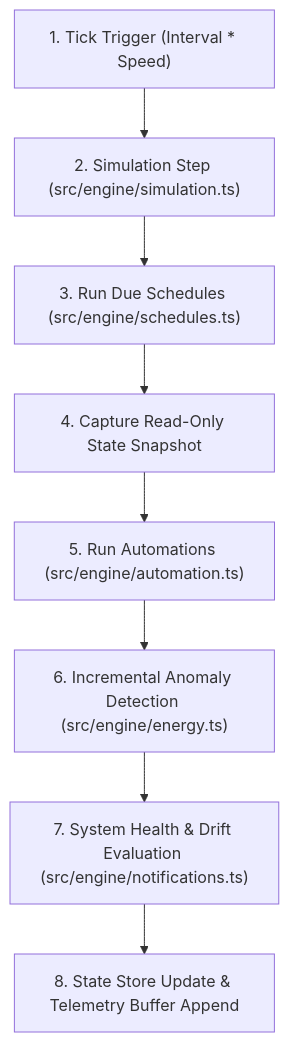
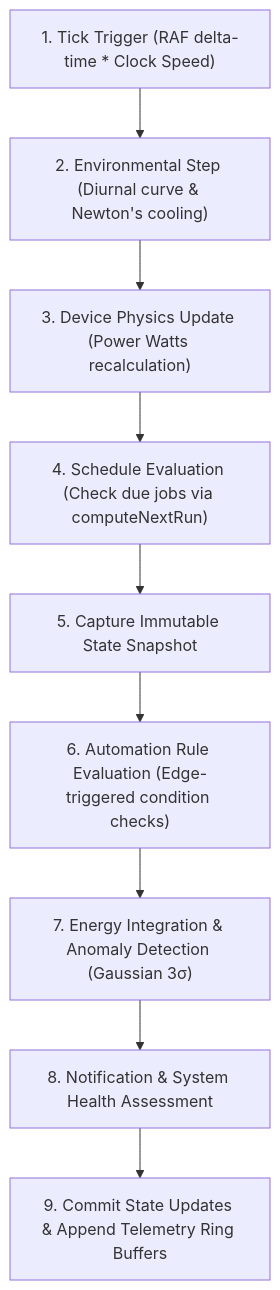
One commit to shalinireddy67/Homie-SmartSpace changed the second of 3 diagrams in README.md. Above: the diagram before and after it, drawn with Mermaid. The commit also changed other lines of this file, not shown here.

````diff
--- a/README.md
+++ b/README.md
@@ -295,10 +256,11 @@
 ```mermaid
 flowchart TD
-    A["1. Tick Trigger (Interval * Speed)"] --> B["2. Simulation Step (src/engine/simulation.ts)"]
-    B --> C["3. Run Due Schedules (src/engine/schedules.ts)"]
-    C --> D["4. Capture Read-Only State Snapshot"]
-    D --> E["5. Run Automations (src/engine/automation.ts)"]
-    E --> F["6. Incremental Anomaly Detection (src/engine/energy.ts)"]
-    F --> G["7. System Health & Drift Evaluation (src/engine/notifications.ts)"]
-    G --> H["8. State Store Update & Telemetry Buffer Append"]
+    A["1. Tick Trigger (RAF delta-time * Clock Speed)"] --> B["2. Environmental Step (Diurnal curve & Newton's cooling)"]
+    B --> C["3. Device Physics Update (Power Watts recalculation)"]
+    C --> D["4. Schedule Evaluation (Check due jobs via computeNextRun)"]
+    D --> E["5. Capture Immutable State Snapshot"]
+    E --> F["6. Automation Rule Evaluation (Edge-triggered condition checks)"]
+    F --> G["7. Energy Integration & Anomaly Detection (Gaussian 3σ)"]
+    G --> H["8. Notification & System Health Assessment"]
+    H --> I["9. Commit State Updates & Append Telemetry Ring Buffers"]
 ```
````
